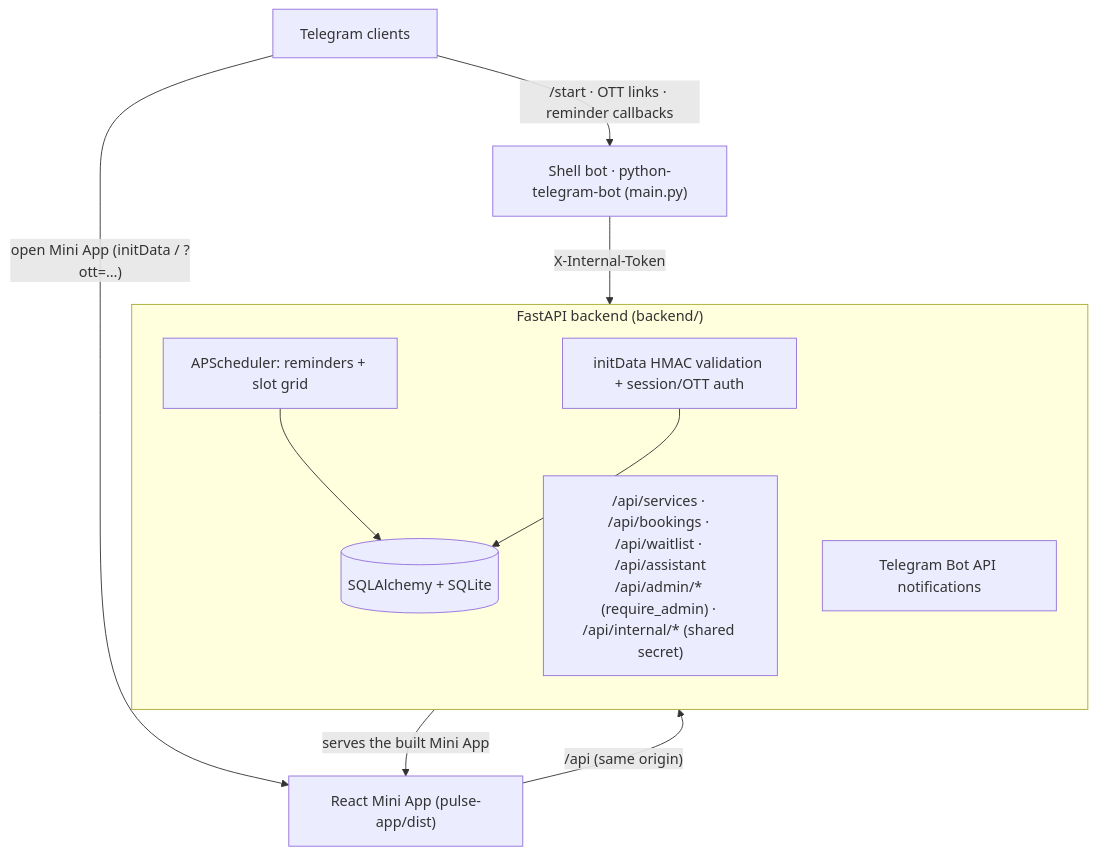
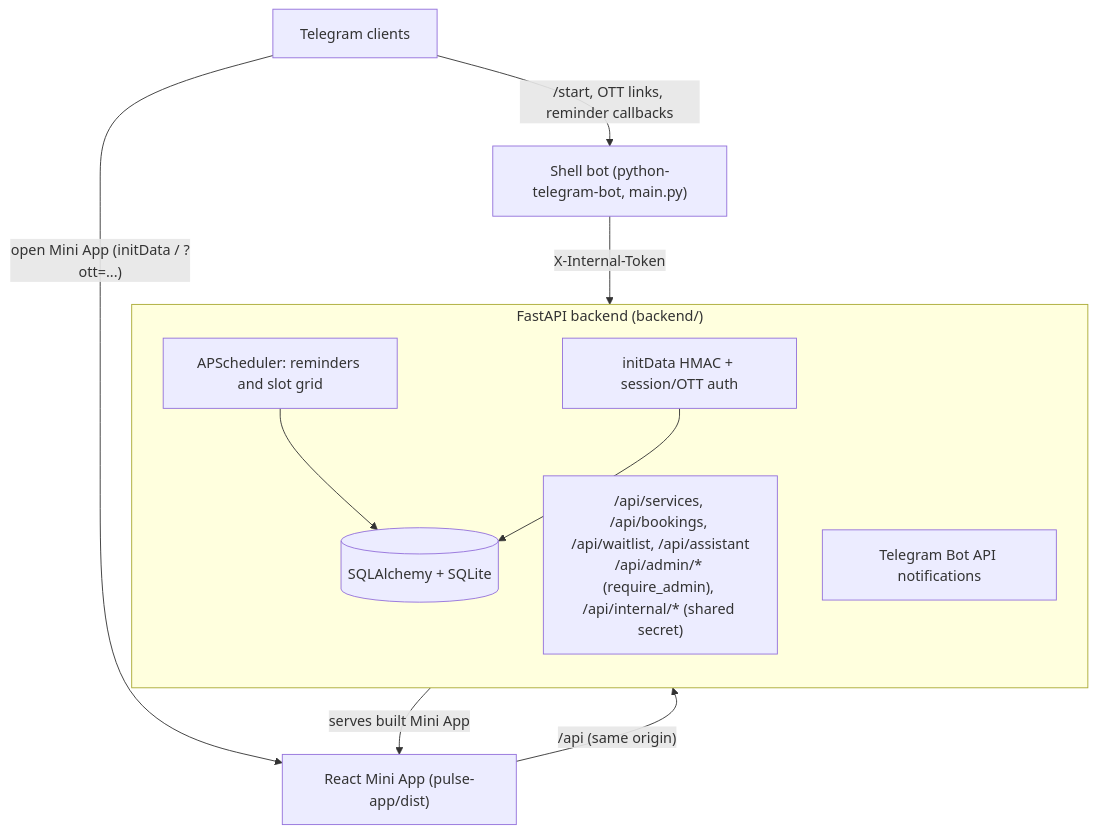
Before and after one commit to Switchbvck/Pulse_WebBot: the diagram in README.md, drawn with Mermaid. The commit also changed other lines of this file, not shown here.

````diff
--- a/README.md
+++ b/README.md
@@ -71,23 +63,23 @@
 ```mermaid
 flowchart TD
     TG["Telegram clients"]
-    BOT["Shell bot · python-telegram-bot (main.py)"]
+    BOT["Shell bot (python-telegram-bot, main.py)"]
     APP["React Mini App (pulse-app/dist)"]
 
     subgraph BACKEND["FastAPI backend (backend/)"]
         direction TB
-        AUTH["initData HMAC validation + session/OTT auth"]
-        ROUTES["/api/services · /api/bookings · /api/waitlist · /api/assistant<br>/api/admin/* (require_admin) · /api/internal/* (shared secret)"]
+        AUTH["initData HMAC + session/OTT auth"]
+        ROUTES["/api/services, /api/bookings, /api/waitlist, /api/assistant<br>/api/admin/* (require_admin), /api/internal/* (shared secret)"]
         DB[("SQLAlchemy + SQLite")]
-        SCHED["APScheduler: reminders + slot grid"]
+        SCHED["APScheduler: reminders and slot grid"]
         NOTIFY["Telegram Bot API notifications"]
     end
 
-    TG -- "/start · OTT links · reminder callbacks" --> BOT
-    TG -- "open Mini App (initData / ?ott=…)" --> APP
+    TG -- "/start, OTT links, reminder callbacks" --> BOT
+    TG -- "open Mini App (initData / ?ott=...)" --> APP
     APP -- "/api (same origin)" --> BACKEND
     BOT -- "X-Internal-Token" --> BACKEND
-    BACKEND -- "serves the built Mini App" --> APP
+    BACKEND -- "serves built Mini App" --> APP
     SCHED --> DB
     AUTH --> DB
 ```
````
